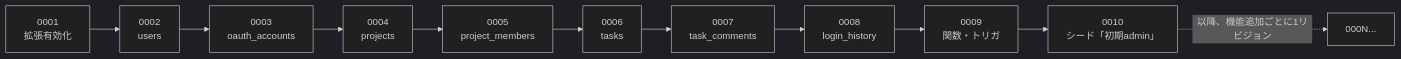
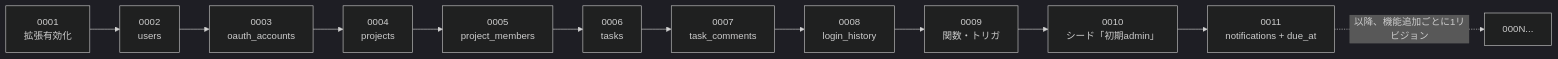
Before and after one commit to oikawa-d/task_management: the first of 4 diagrams in detailed_design/database/09_migration.md, drawn with Mermaid (dark theme). The commit also changed other lines of this file and 31 other files, not shown here.

````diff
--- a/detailed_design/database/09_migration.md
+++ b/detailed_design/database/09_migration.md
@@ -47,13 +49,14 @@
 ```mermaid
 flowchart LR
     R1["0001<br/>拡張有効化"] --> R2["0002<br/>users"]
     R2 --> R3["0003<br/>oauth_accounts"]
     R3 --> R4["0004<br/>projects"]
     R4 --> R5["0005<br/>project_members"]
     R5 --> R6["0006<br/>tasks"]
     R6 --> R7["0007<br/>task_comments"]
     R7 --> R8["0008<br/>login_history"]
     R8 --> R9["0009<br/>関数・トリガ"]
     R9 --> R10["0010<br/>シード「初期admin」"]
-    R10 -.->|"以降、機能追加ごとに1リビジョン"| RN["000N..."]
+    R10 --> R11["0011<br/>notifications + due_at"]
+    R11 -.->|"以降、機能追加ごとに1リビジョン"| RN["000N..."]
 ```
````
